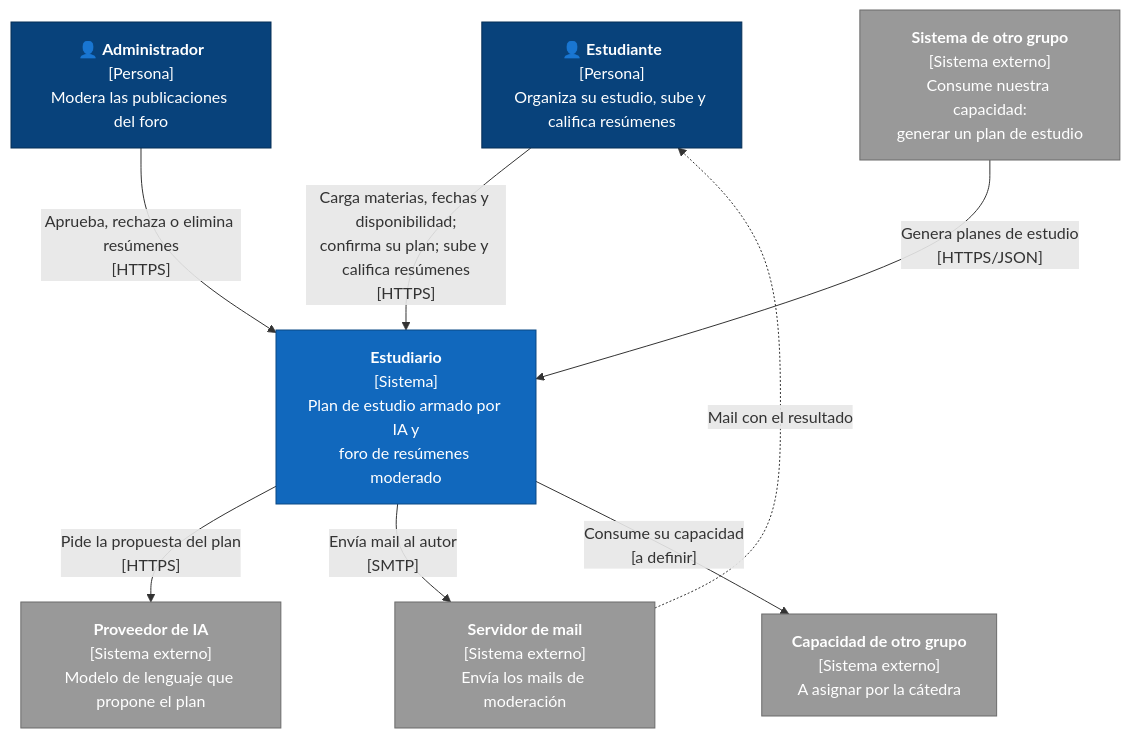
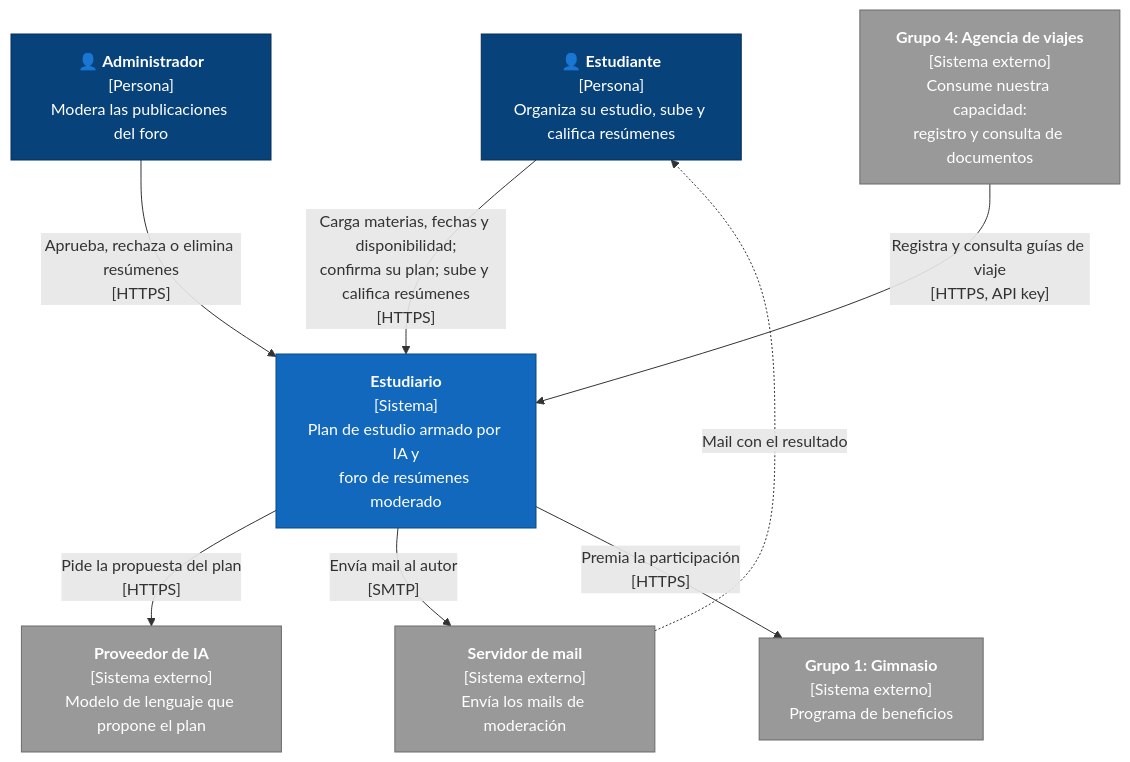
Before and after one commit to MichiSil/ProyectoEstudiario: the first of 2 diagrams in docs/ARCHITECTURE.md, drawn with Mermaid. The commit also changed other lines of this file and 1 other file, not shown here.

Commit message:
Actualizar README y ARCHITECTURE con la integración entre grupos

````diff
--- a/docs/ARCHITECTURE.md
+++ b/docs/ARCHITECTURE.md
@@ -95,27 +95,27 @@
 ```mermaid
 flowchart TB
     estudiante["👤 <b>Estudiante</b><br/>[Persona]<br/>Organiza su estudio, sube y califica resúmenes"]
     admin["👤 <b>Administrador</b><br/>[Persona]<br/>Modera las publicaciones del foro"]
 
     estudiario["<b>Estudiario</b><br/>[Sistema]<br/>Plan de estudio armado por IA y<br/>foro de resúmenes moderado"]
 
     ia["<b>Proveedor de IA</b><br/>[Sistema externo]<br/>Modelo de lenguaje que propone el plan"]
     mail["<b>Servidor de mail</b><br/>[Sistema externo]<br/>Envía los mails de moderación"]
-    grupoConsumidor["<b>Sistema de otro grupo</b><br/>[Sistema externo]<br/>Consume nuestra capacidad:<br/>generar un plan de estudio"]
-    grupoProveedor["<b>Capacidad de otro grupo</b><br/>[Sistema externo]<br/>A asignar por la cátedra"]
+    grupoConsumidor["<b>Grupo 4: Agencia de viajes</b><br/>[Sistema externo]<br/>Consume nuestra capacidad:<br/>registro y consulta de documentos"]
+    grupoProveedor["<b>Grupo 1: Gimnasio</b><br/>[Sistema externo]<br/>Programa de beneficios"]
 
     estudiante -- "Carga materias, fechas y disponibilidad;<br/>confirma su plan; sube y califica resúmenes<br/>[HTTPS]" --> estudiario
     admin -- "Aprueba, rechaza o elimina resúmenes<br/>[HTTPS]" --> estudiario
     estudiario -- "Pide la propuesta del plan<br/>[HTTPS]" --> ia
     estudiario -- "Envía mail al autor<br/>[SMTP]" --> mail
     mail -. "Mail con el resultado" .-> estudiante
-    grupoConsumidor -- "Genera planes de estudio<br/>[HTTPS/JSON]" --> estudiario
-    estudiario -- "Consume su capacidad<br/>[a definir]" --> grupoProveedor
+    grupoConsumidor -- "Registra y consulta guías de viaje<br/>[HTTPS, API key]" --> estudiario
+    estudiario -- "Premia la participación<br/>[HTTPS]" --> grupoProveedor
 
     classDef person fill:#08427b,stroke:#052e56,color:#fff
     classDef system fill:#1168bd,stroke:#0b4884,color:#fff
     classDef external fill:#999,stroke:#6b6b6b,color:#fff
     class estudiante,admin person
     class estudiario system
     class ia,mail,grupoConsumidor,grupoProveedor external
 ```
````
